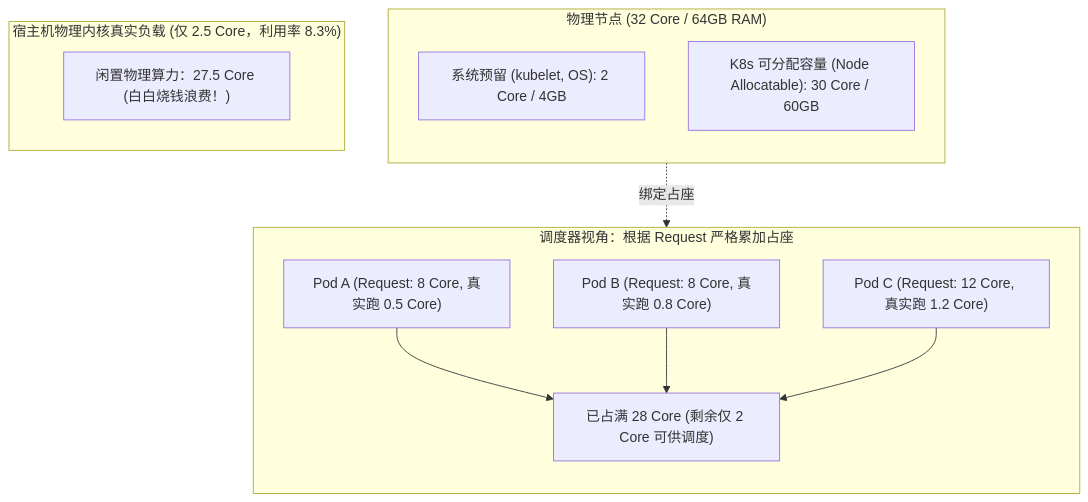
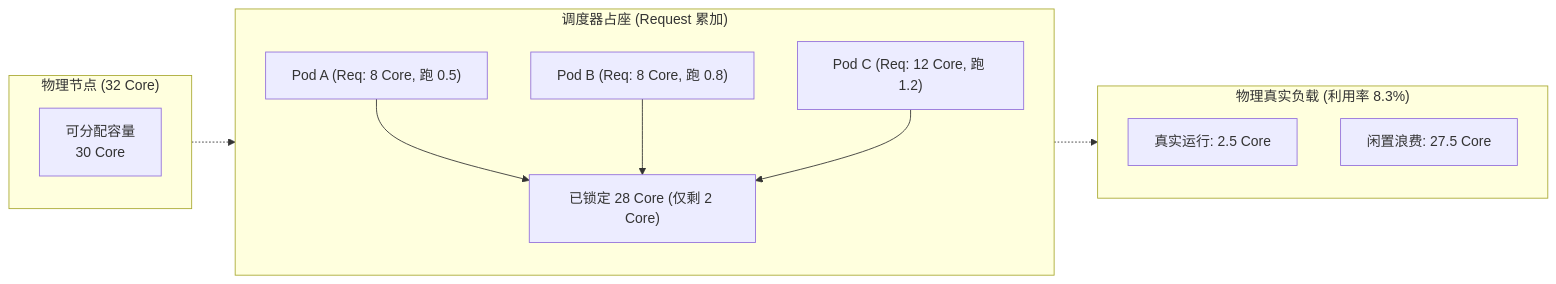
One commit to MoreConsequence/MoreConsequence.github.io changed the second of 5 diagrams in content/posts/kubernetes-internals/k8s-19-finops-vpa-in-place-pod-resize.md. Above: the diagram before and after it, drawn with Mermaid. The commit also changed other lines of this file and 835 other files, not shown here.

First line of the commit message:
feat(blog): 全站33篇新增深度专栏与博文全量审核上线及矢量图表优化

````diff
--- a/content/posts/kubernetes-internals/k8s-19-finops-vpa-in-place-pod-resize.md
+++ b/content/posts/kubernetes-internals/k8s-19-finops-vpa-in-place-pod-resize.md
@@ -64,25 +67,25 @@
 ```mermaid
-flowchart TB
-    subgraph HostPhysical["物理节点 (32 Core / 64GB RAM)"]
+flowchart LR
+    subgraph HostPhysical["物理节点 (32 Core)"]
         direction TB
-        SystemReserved["系统预留 (kubelet, OS): 2 Core / 4GB"]
-        Allocatable["K8s 可分配容量 (Node Allocatable): 30 Core / 60GB"]
+        Allocatable["可分配容量<br/>30 Core"]
     end
 
-    subgraph PodAllocation["调度器视角：根据 Request 严格累加占座"]
+    subgraph PodAllocation["调度器占座 (Request 累加)"]
         direction TB
-        Pod1Req["Pod A (Request: 8 Core, 真实跑 0.5 Core)"]
-        Pod2Req["Pod B (Request: 8 Core, 真实跑 0.8 Core)"]
-        Pod3Req["Pod C (Request: 12 Core, 真实跑 1.2 Core)"]
-        TotalReq["已占满 28 Core (剩余仅 2 Core 可供调度)"]
-        Pod1Req --> TotalReq
-        Pod2Req --> TotalReq
-        Pod3Req --> TotalReq
+        PodA["Pod A (Req: 8 Core, 跑 0.5)"]
+        PodB["Pod B (Req: 8 Core, 跑 0.8)"]
+        PodC["Pod C (Req: 12 Core, 跑 1.2)"]
+        TotalReq["已锁定 28 Core (仅剩 2 Core)"]
+        PodA & PodB & PodC --> TotalReq
     end
 
-    Allocatable -.->|"绑定占座"| TotalReq
+    subgraph RealUsage["物理真实负载 (利用率 8.3%)"]
+        direction TB
+        Actual["真实运行: 2.5 Core"]
+        Waste["闲置浪费: 27.5 Core"]
+    end
 
-    subgraph RealUsage["宿主机物理内核真实负载 (仅 2.5 Core，利用率 8.3%)"]
-        RealIdle["闲置物理算力：27.5 Core (白白烧钱浪费！)"]
-    end
+    Allocatable -.-> TotalReq
+    TotalReq -.-> RealUsage
 ```
````
